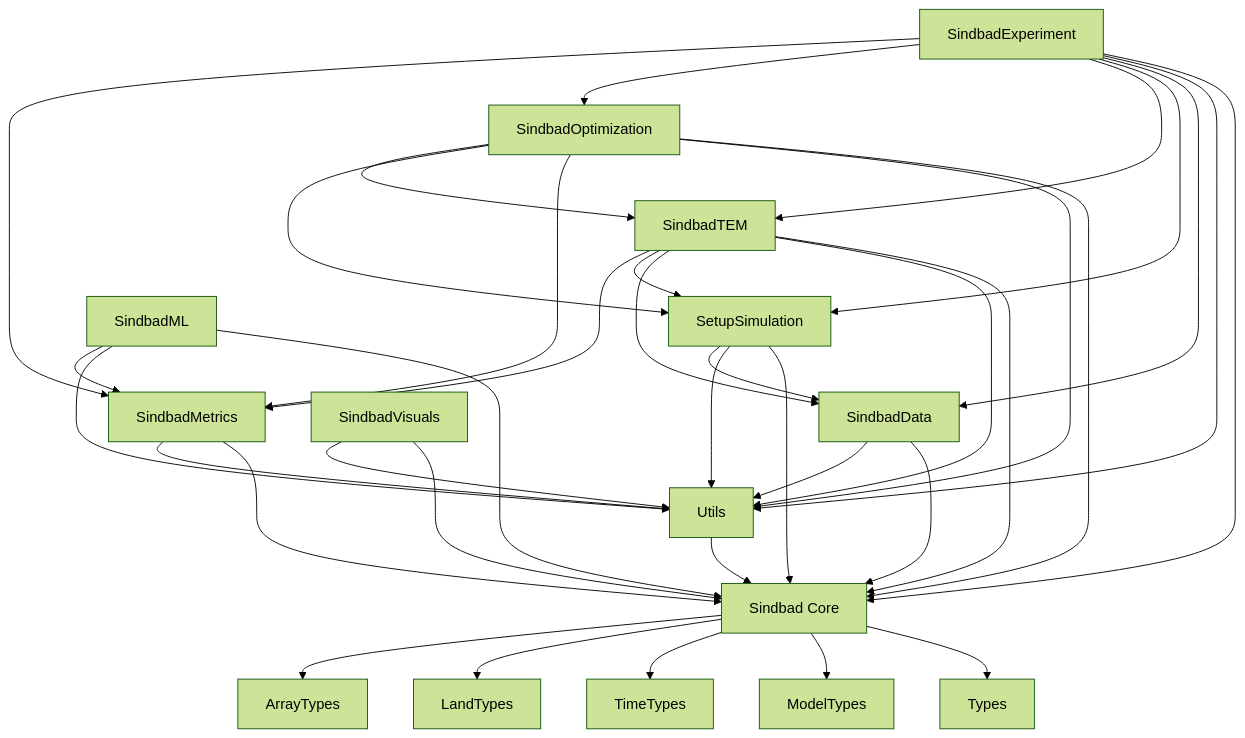
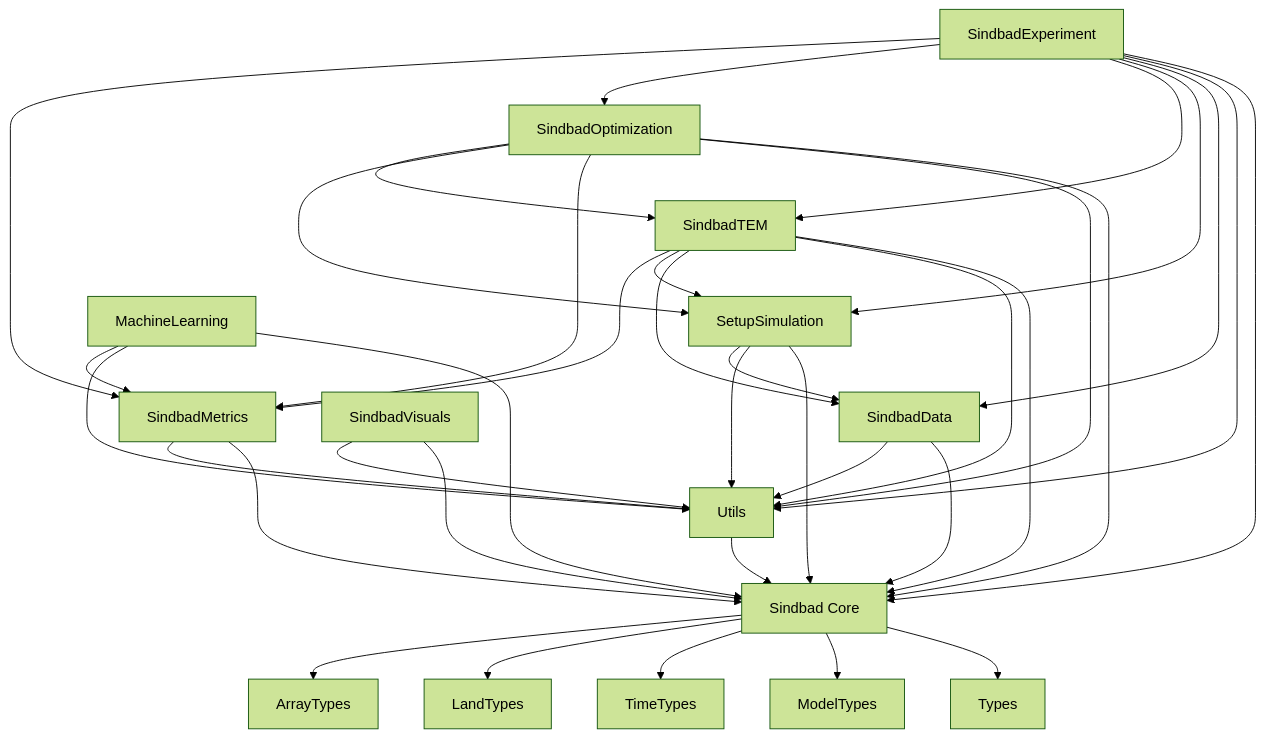
One commit to EarthyScience/SINDBAD changed the diagram in docs/src/pages/code/overview.md. Above: the diagram before and after it, drawn with Mermaid (forest theme). The commit also changed 33 other files, not shown here.

````diff
--- a/docs/src/pages/code/overview.md
+++ b/docs/src/pages/code/overview.md
@@ -71,50 +71,50 @@
 ```mermaid
 graph TD
     %% Main Sindbad package
     Sindbad[Sindbad Core] --> Types[Types]
     
     %% Core dependencies
     Sindbad --> ModelTypes[ModelTypes]
     Sindbad --> TimeTypes[TimeTypes]
     Sindbad --> LandTypes[LandTypes]
     Sindbad --> ArrayTypes[ArrayTypes]
     
     %% Lib packages
     Utils[Utils] --> Sindbad
     SindbadData[SindbadData] --> Sindbad
     SindbadData --> Utils
     
     SetupSimulation[SetupSimulation] --> Sindbad
     SetupSimulation --> Utils
     SetupSimulation --> SindbadData
     
     SindbadMetrics[SindbadMetrics] --> Sindbad
     SindbadMetrics --> Utils
     
     SindbadTEM[SindbadTEM] --> Sindbad
     SindbadTEM --> Utils
     SindbadTEM --> SindbadData
     SindbadTEM --> SetupSimulation
     SindbadTEM --> SindbadMetrics
     
     SindbadOptimization[SindbadOptimization] --> Sindbad
     SindbadOptimization --> Utils
     SindbadOptimization --> SindbadMetrics
     SindbadOptimization --> SetupSimulation
     SindbadOptimization --> SindbadTEM
     
-    SindbadML[SindbadML] --> Sindbad
-    SindbadML --> Utils
-    SindbadML --> SindbadMetrics
+    MachineLearning[MachineLearning] --> Sindbad
+    MachineLearning --> Utils
+    MachineLearning --> SindbadMetrics
     
     SindbadVisuals[SindbadVisuals] --> Sindbad
     SindbadVisuals --> Utils
     
     SindbadExperiment[SindbadExperiment] --> Sindbad
     SindbadExperiment --> Utils
     SindbadExperiment --> SindbadData
     SindbadExperiment --> SetupSimulation
     SindbadExperiment --> SindbadTEM
     SindbadExperiment --> SindbadOptimization
     SindbadExperiment --> SindbadMetrics    
 ```
````
